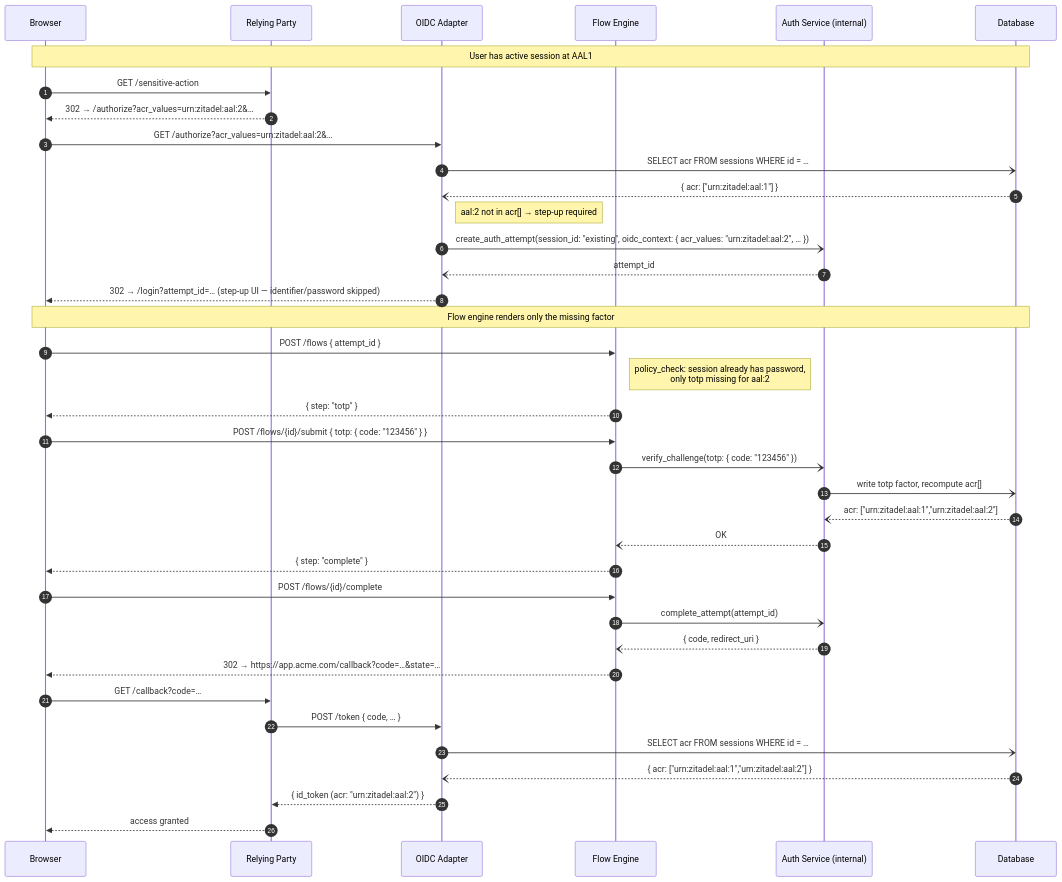
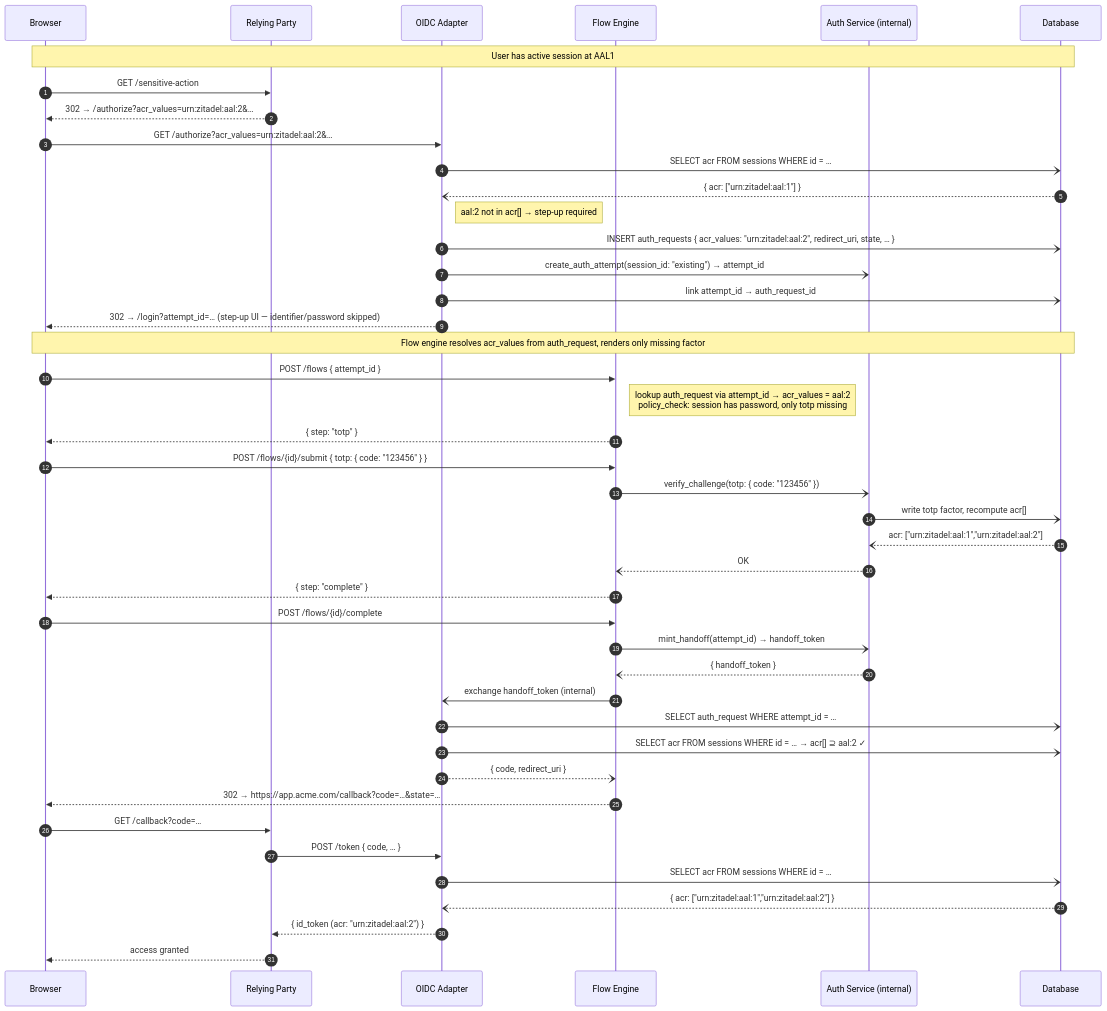
The fourth of 4 diagrams in docs/design/api/authn-and-auth-flows.md (zitadel/nextgen), drawn with Mermaid before and after one commit. The commit also changed other lines of this file and 4 other files, not shown here.

Commit message:
docs(design): update session and flow interaction

````diff
--- a/docs/design/api/authn-and-auth-flows.md
+++ b/docs/design/api/authn-and-auth-flows.md
@@ -331,49 +335,54 @@
 ```mermaid
 sequenceDiagram
     autonumber
     participant Browser
     participant RP as Relying Party
     participant OIDCAdapter as OIDC Adapter
     participant FlowEngine as Flow Engine
     participant AuthService as Auth Service (internal)
     participant DB as Database
 
     Note over Browser,DB: User has active session at AAL1
 
     Browser->>RP: GET /sensitive-action
     RP-->>Browser: 302 → /authorize?acr_values=urn:zitadel:aal:2&…
 
     Browser->>OIDCAdapter: GET /authorize?acr_values=urn:zitadel:aal:2&…
     OIDCAdapter-)DB: SELECT acr FROM sessions WHERE id = …
     DB--)OIDCAdapter: { acr: ["urn:zitadel:aal:1"] }
     Note right of OIDCAdapter: aal:2 not in acr[] → step-up required
 
-    OIDCAdapter-)AuthService: create_auth_attempt(session_id: "existing", oidc_context: { acr_values: "urn:zitadel:aal:2", … })
-    AuthService--)OIDCAdapter: attempt_id
+    OIDCAdapter-)DB: INSERT auth_requests { acr_values: "urn:zitadel:aal:2", redirect_uri, state, … }
+    OIDCAdapter-)AuthService: create_auth_attempt(session_id: "existing") → attempt_id
+    OIDCAdapter-)DB: link attempt_id → auth_request_id
     OIDCAdapter-->>Browser: 302 → /login?attempt_id=… (step-up UI — identifier/password skipped)
 
-    Note over Browser,DB: Flow engine renders only the missing factor
+    Note over Browser,DB: Flow engine resolves acr_values from auth_request, renders only missing factor
 
     Browser->>FlowEngine: POST /flows { attempt_id }
-    Note right of FlowEngine: policy_check: session already has password,<br/>only totp missing for aal:2
+    Note right of FlowEngine: lookup auth_request via attempt_id → acr_values = aal:2<br/>policy_check: session has password, only totp missing
     FlowEngine-->>Browser: { step: "totp" }
 
     Browser->>FlowEngine: POST /flows/{id}/submit { totp: { code: "123456" } }
     FlowEngine-)AuthService: verify_challenge(totp: { code: "123456" })
     AuthService-)DB: write totp factor, recompute acr[]
     DB--)AuthService: acr: ["urn:zitadel:aal:1","urn:zitadel:aal:2"]
     AuthService--)FlowEngine: OK
     FlowEngine-->>Browser: { step: "complete" }
 
     Browser->>FlowEngine: POST /flows/{id}/complete
-    FlowEngine-)AuthService: complete_attempt(attempt_id)
-    AuthService--)FlowEngine: { code, redirect_uri }
+    FlowEngine-)AuthService: mint_handoff(attempt_id) → handoff_token
+    AuthService--)FlowEngine: { handoff_token }
+    FlowEngine-)OIDCAdapter: exchange handoff_token (internal)
+    OIDCAdapter-)DB: SELECT auth_request WHERE attempt_id = …
+    OIDCAdapter-)DB: SELECT acr FROM sessions WHERE id = … → acr[] ⊇ aal:2 ✓
+    OIDCAdapter--)FlowEngine: { code, redirect_uri }
     FlowEngine-->>Browser: 302 → https://app.acme.com/callback?code=…&state=…
 
     Browser->>RP: GET /callback?code=…
     RP->>OIDCAdapter: POST /token { code, … }
     OIDCAdapter-)DB: SELECT acr FROM sessions WHERE id = …
     DB--)OIDCAdapter: { acr: ["urn:zitadel:aal:1","urn:zitadel:aal:2"] }
     OIDCAdapter-->>RP: { id_token (acr: "urn:zitadel:aal:2") }
     RP-->>Browser: access granted
 ```
````
